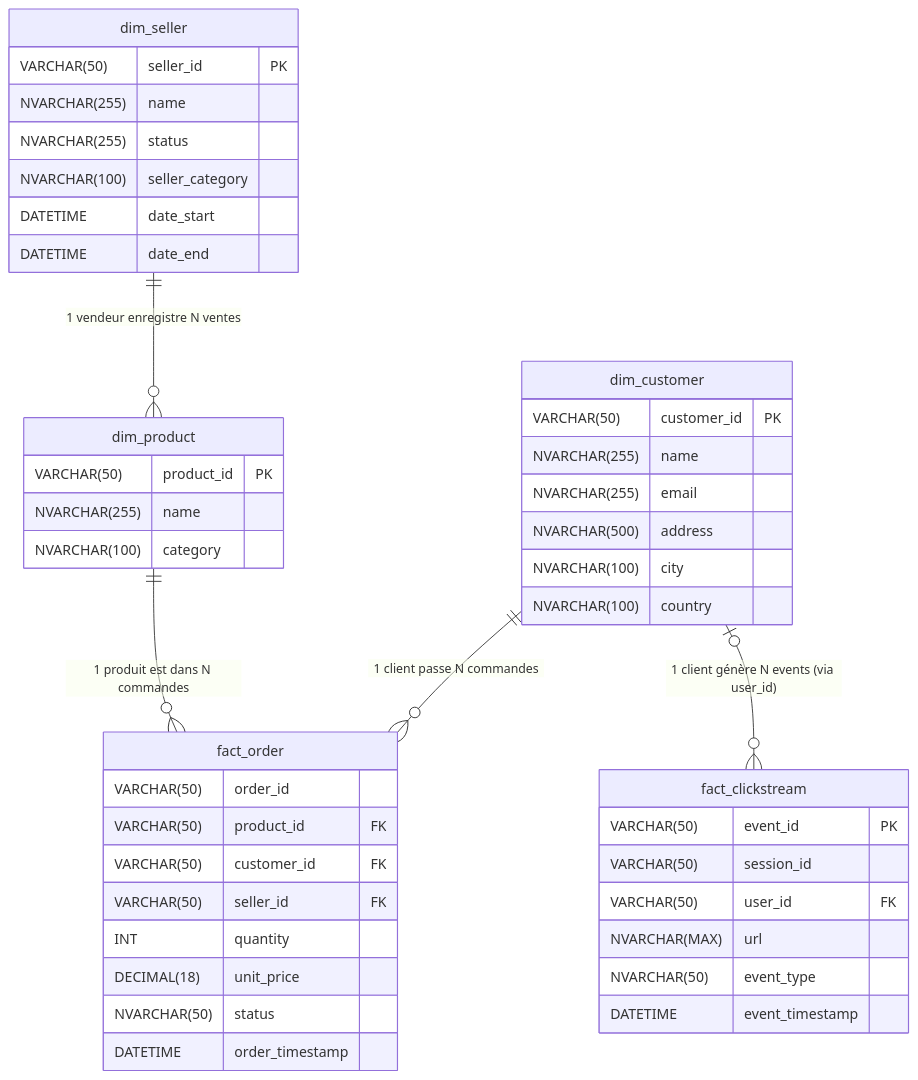
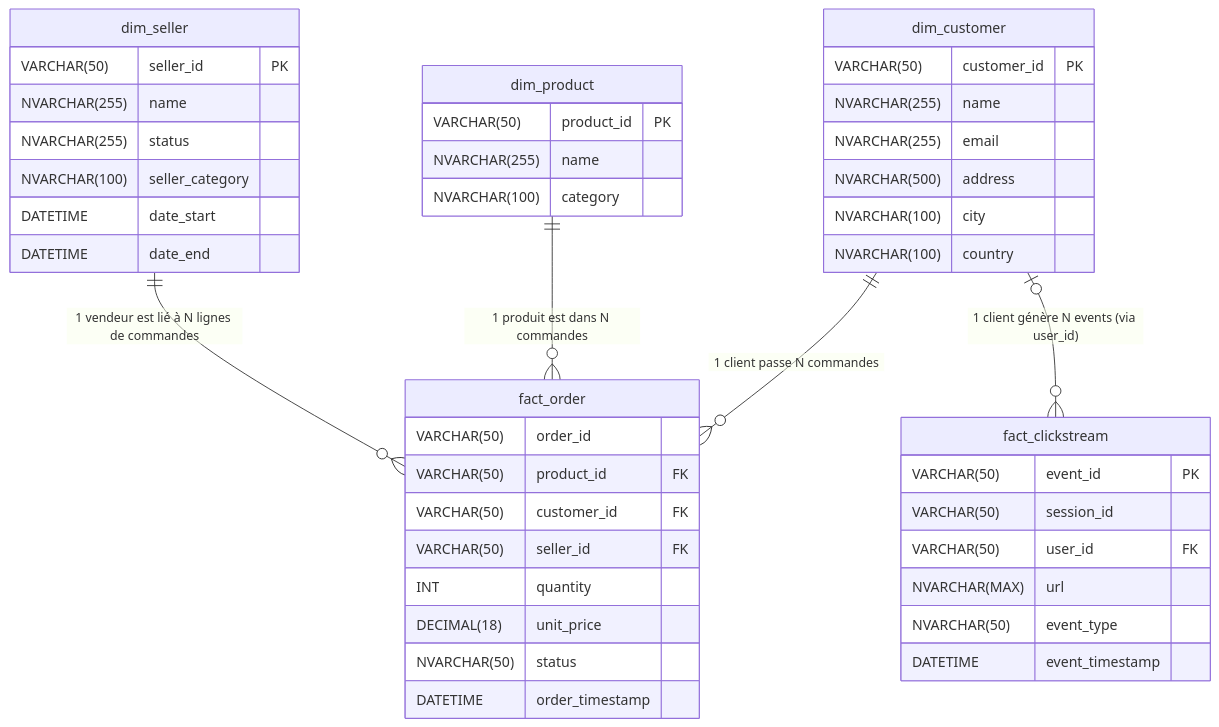
One commit to bn-pam/dwh_terraform changed the third of 6 diagrams in _certification/redac_etude_de_cas.md. Above: the diagram before and after it, drawn with Mermaid. The commit also changed other lines of this file and 3 other files, not shown here.

````diff
--- a/_certification/redac_etude_de_cas.md
+++ b/_certification/redac_etude_de_cas.md
@@ -66,58 +116,58 @@
 ```mermaid
 erDiagram
     %% Relations
     dim_customer ||--o{ fact_order : "1 client passe N commandes"
     dim_product ||--o{ fact_order : "1 produit est dans N commandes"
     dim_customer |o--o{ fact_clickstream : "1 client génère N events (via user_id)"
-    dim_seller ||--o{ dim_product : "1 vendeur enregistre N ventes"
+    dim_seller ||--o{ fact_order : "1 vendeur est lié à N lignes de commandes"
 
 
     %% Table: dim_customer
     dim_customer {
         VARCHAR(50) customer_id PK
         NVARCHAR(255) name
         NVARCHAR(255) email
         NVARCHAR(500) address
         NVARCHAR(100) city
         NVARCHAR(100) country
     }
 
     %% Table: dim_product
     dim_product {
         VARCHAR(50) product_id PK
         NVARCHAR(255) name
         NVARCHAR(100) category
     }
 
     %% Table: fact_order
     fact_order {
         VARCHAR(50) order_id
         VARCHAR(50) product_id FK
         VARCHAR(50) customer_id FK
         VARCHAR(50) seller_id FK
         INT quantity
         DECIMAL(18) unit_price
         NVARCHAR(50) status
         DATETIME order_timestamp
     }
 
     %% Table: fact_clickstream
     fact_clickstream {
         VARCHAR(50) event_id PK
         VARCHAR(50) session_id
         VARCHAR(50) user_id FK
         NVARCHAR(MAX) url
         NVARCHAR(50) event_type
         DATETIME event_timestamp
     }
     
      %% Table: dim_seller, 1 ligne par version du vendeur (SCD type 2)
     dim_seller {
         VARCHAR(50) seller_id PK
         NVARCHAR(255) name
         NVARCHAR(255) status
         NVARCHAR(100) seller_category
         DATETIME date_start
         DATETIME date_end
     }
 ```
````
